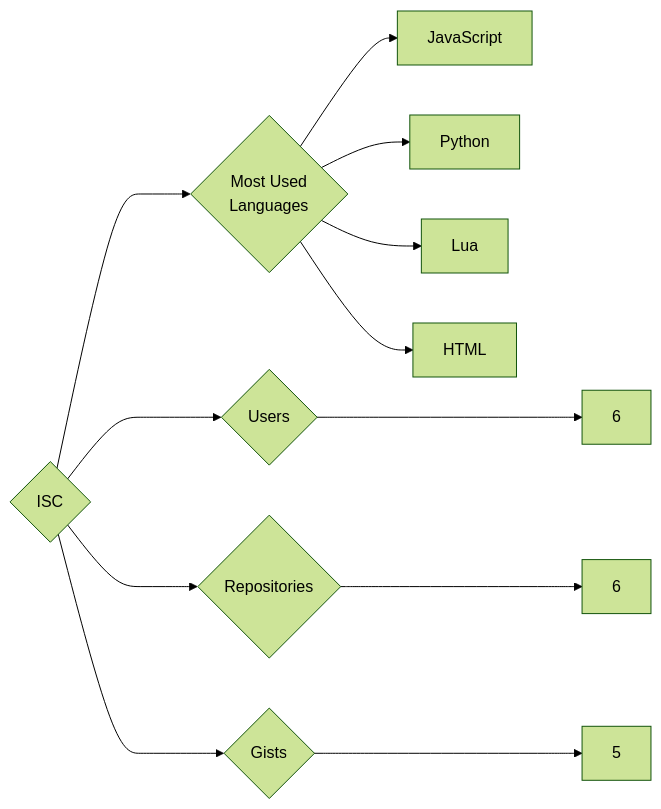
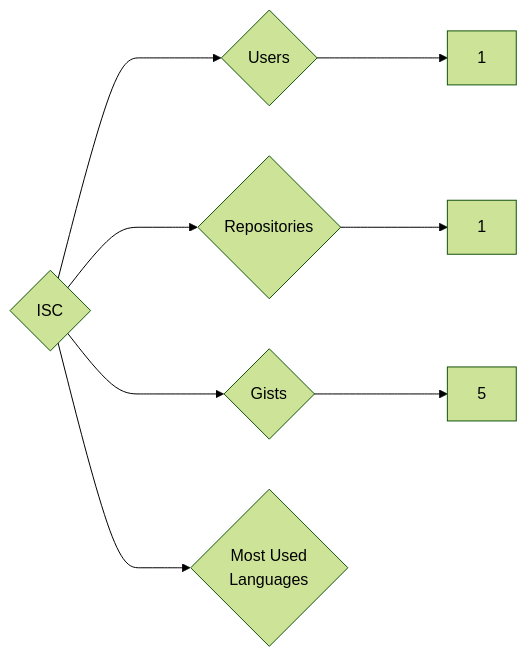
One commit to trickest/insiders changed the diagram in targets/ISC/README.md. Above: the diagram before and after it, drawn with Mermaid (forest theme). The commit also changed 838 other files, not shown here.

````diff
--- a/targets/ISC/README.md
+++ b/targets/ISC/README.md
@@ -3,12 +3,8 @@
 ```mermaid
 graph LR
 COMPANY_NAME{ISC}
-COMPANY_NAME ---> U{Users} ---> UN[6]
-COMPANY_NAME ---> R{Repositories} ---> RN[6]
+COMPANY_NAME ---> U{Users} ---> UN[1]
+COMPANY_NAME ---> R{Repositories} ---> RN[1]
 COMPANY_NAME ---> G{Gists} ---> GN[5]
 COMPANY_NAME ---> ML{Most Used<br>Languages}
-ML --> JavaScript[JavaScript]
-ML --> Python[Python]
-ML --> Lua[Lua]
-ML --> HTML[HTML]
 ```
````
